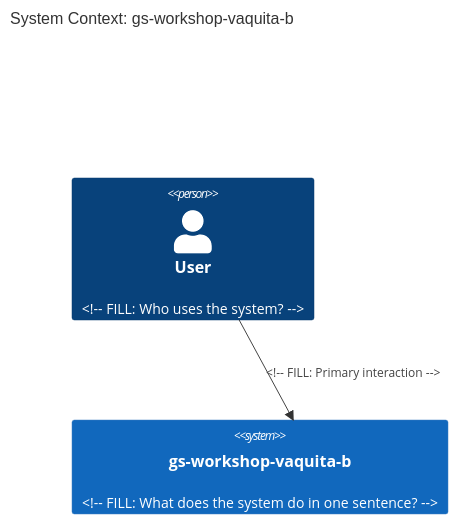
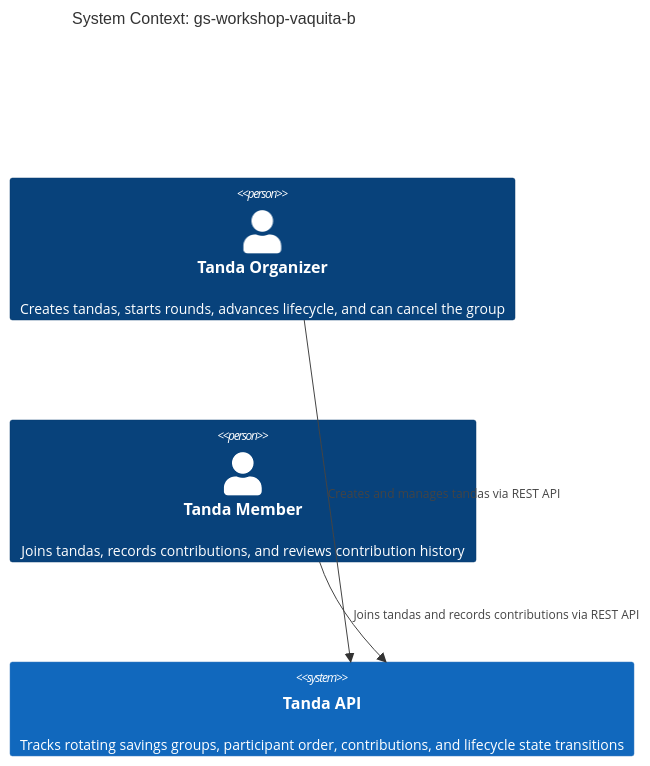
Before and after one commit to jghiringhelli/gs-workshop-vaquita: the diagram in docs/diagrams/c4-context.md, drawn with Mermaid. The commit also changed other lines of this file and 6 other files, not shown here.

````diff
--- a/docs/diagrams/c4-context.md
+++ b/docs/diagrams/c4-context.md
@@ -4,7 +2,10 @@
 ```mermaid
 C4Context
   title System Context: gs-workshop-vaquita-b
-  Person(user, "User", "<!-- FILL: Who uses the system? -->")
-  System(system, "gs-workshop-vaquita-b", "<!-- FILL: What does the system do in one sentence? -->")
-  Rel(user, system, "<!-- FILL: Primary interaction -->")
+  Person(organizer, "Tanda Organizer", "Creates tandas, starts rounds, advances lifecycle, and can cancel the group")
+  Person(member, "Tanda Member", "Joins tandas, records contributions, and reviews contribution history")
+  System(system, "Tanda API", "Tracks rotating savings groups, participant order, contributions, and lifecycle state transitions")
+
+  Rel(organizer, system, "Creates and manages tandas via REST API")
+  Rel(member, system, "Joins tandas and records contributions via REST API")
 ```
````
